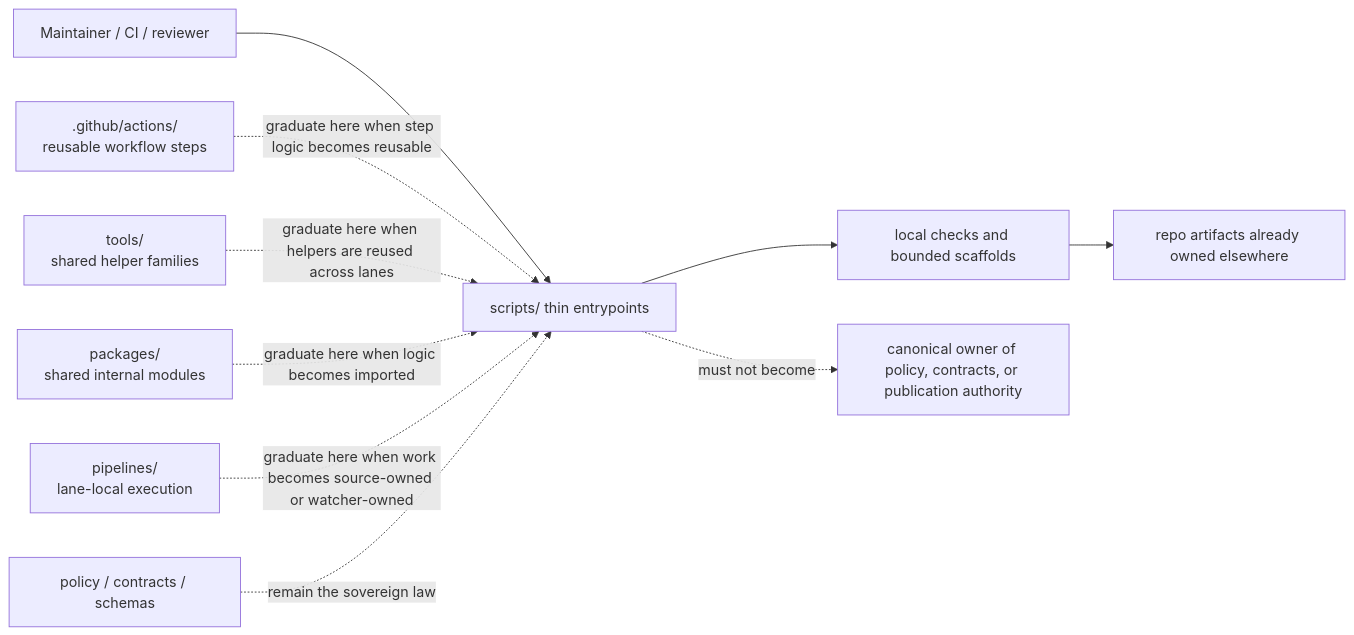
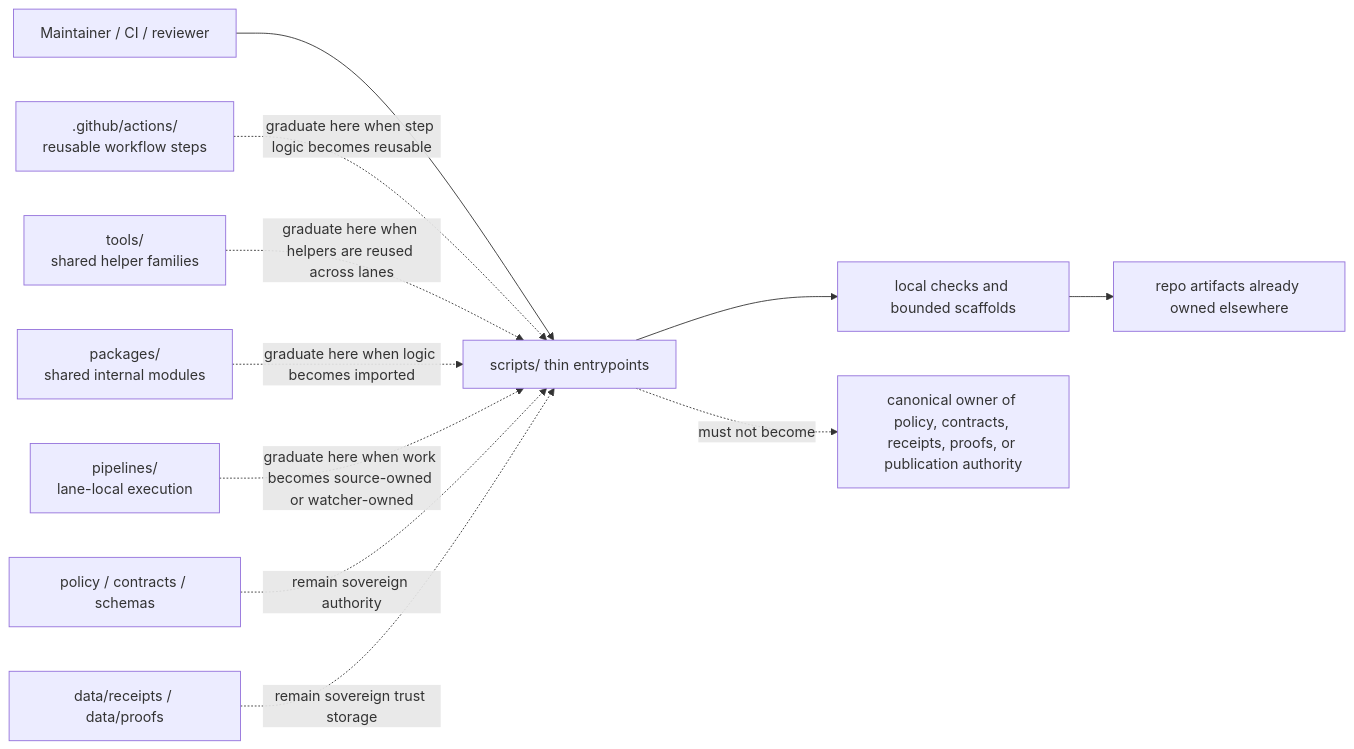
The diagram in scripts/README.md (bartytime4life/Kansas-Frontier-Matrix), drawn with Mermaid before and after one commit. The commit also changed other lines of this file, not shown here.

````diff
--- a/scripts/README.md
+++ b/scripts/README.md
@@ -329,14 +500,15 @@
 ```mermaid
 flowchart LR
     A[Maintainer / CI / reviewer] --> B[scripts/ thin entrypoints]
     B --> C[local checks and bounded scaffolds]
     C --> D[repo artifacts already owned elsewhere]
 
     J[.github/actions/<br/>reusable workflow steps] -. graduate here when step logic becomes reusable .-> B
     K[tools/<br/>shared helper families] -. graduate here when helpers are reused across lanes .-> B
     L[packages/<br/>shared internal modules] -. graduate here when logic becomes imported .-> B
     M[pipelines/<br/>lane-local execution] -. graduate here when work becomes source-owned or watcher-owned .-> B
-    N[policy / contracts / schemas] -. remain the sovereign law .-> B
+    N[policy / contracts / schemas] -. remain sovereign authority .-> B
+    R[data/receipts / data/proofs] -. remain sovereign trust storage .-> B
 
-    B -. must not become .-> O[canonical owner of policy, contracts, or publication authority]
+    B -. must not become .-> O[canonical owner of policy, contracts, receipts, proofs, or publication authority]
 ```
````
